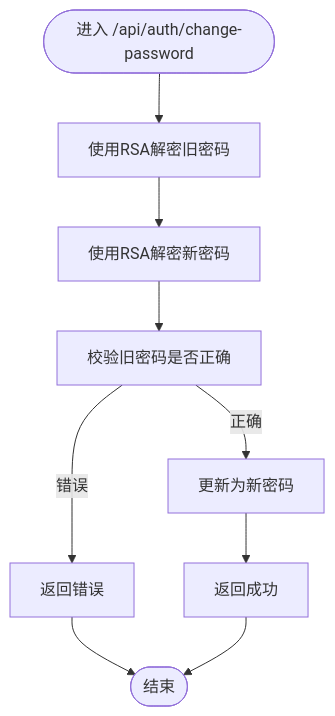
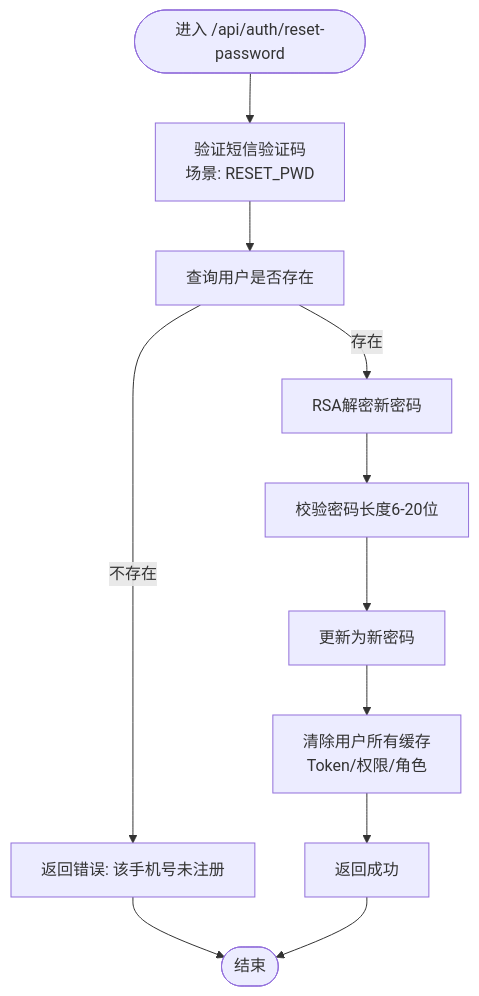
Before and after one commit to DrunkFood/First: the third of 6 diagrams in .qoder/repowiki/zh/content/API接口文档/认证授权API.md, drawn with Mermaid. The commit also changed other lines of this file and 93 other files, not shown here.

````diff
--- a/.qoder/repowiki/zh/content/API接口文档/认证授权API.md
+++ b/.qoder/repowiki/zh/content/API接口文档/认证授权API.md
@@ -132,11 +156,13 @@
 ```mermaid
 flowchart TD
-Start(["进入 /api/auth/change-password"]) --> DecryptOld["使用RSA解密旧密码"]
-DecryptOld --> DecryptNew["使用RSA解密新密码"]
-DecryptNew --> Validate["校验旧密码是否正确"]
-Validate --> |正确| UpdatePwd["更新为新密码"]
-Validate --> |错误| ReturnErr["返回错误"]
-UpdatePwd --> Success["返回成功"]
-ReturnErr --> End(["结束"])
+Start(["进入 /api/auth/reset-password"]) --> VerifyCode["验证短信验证码<br/>场景: RESET_PWD"]
+VerifyCode --> CheckUser["查询用户是否存在"]
+CheckUser --> |存在| DecryptPwd["RSA解密新密码"]
+CheckUser --> |不存在| ReturnError["返回错误: 该手机号未注册"]
+DecryptPwd --> ValidatePwd["校验密码长度6-20位"]
+ValidatePwd --> UpdatePwd["更新为新密码"]
+UpdatePwd --> ClearCache["清除用户所有缓存<br/>Token/权限/角色"]
+ClearCache --> Success["返回成功"]
+ReturnError --> End(["结束"])
 Success --> End
 ```
````
